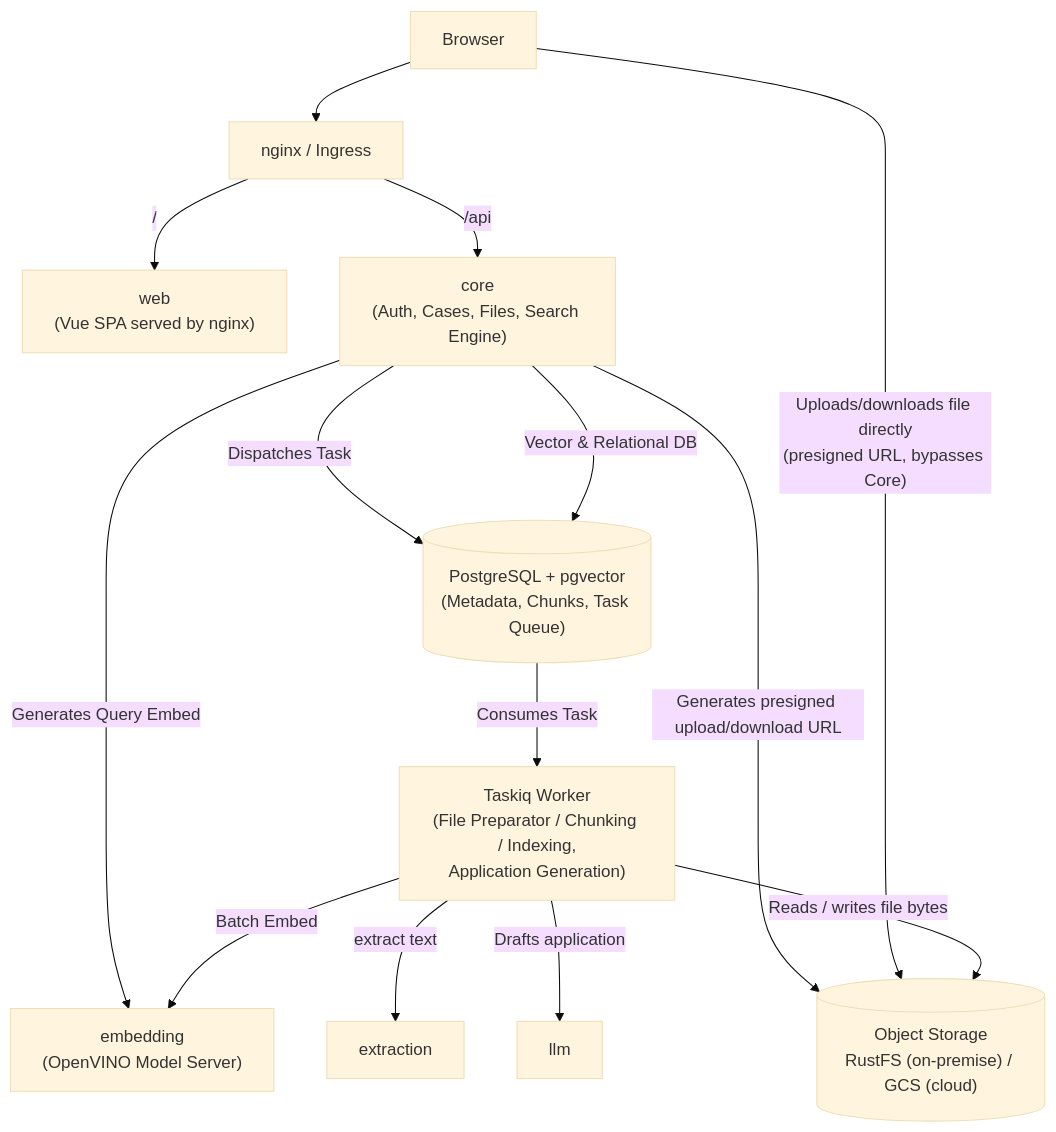
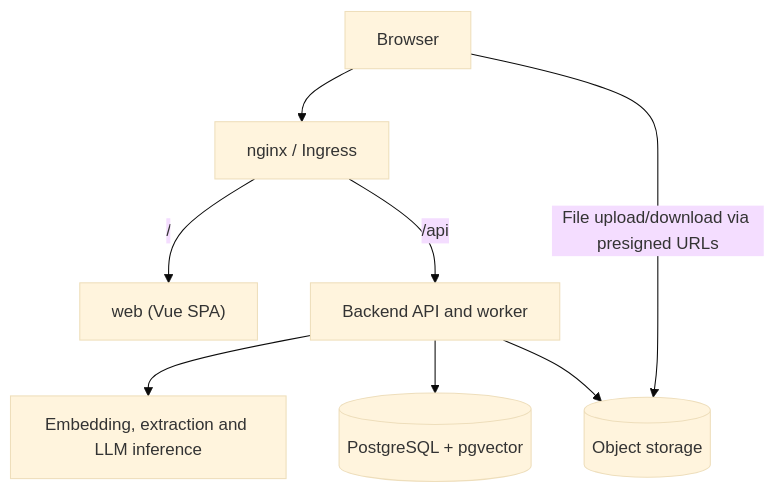
Before and after one commit to ErykMikolajewicz/prawobiorca: the diagram in docs/architecture/architecture.md, drawn with Mermaid (base theme). The commit also changed other lines of this file and 5 other files, not shown here.

````diff
--- a/docs/architecture/architecture.md
+++ b/docs/architecture/architecture.md
@@ -27,27 +34,18 @@
 ```mermaid
 flowchart TD
     Browser["Browser"]
     Ingress["nginx / Ingress"]
-    Frontend["web<br/>(Vue SPA served by nginx)"]
-    Core["core<br/>(Auth, Cases, Files, Search Engine)"]
-    Worker["Taskiq Worker<br/>(File Preparator / Chunking / Indexing,<br/>Application Generation)"]
-    Embeddings["embedding<br/>(OpenVINO Model Server)"]
-    Extraction["extraction"]
-    LLM["llm"]
-    DB[("PostgreSQL + pgvector<br/>(Metadata, Chunks, Task Queue)")]
-    Storage[("Object Storage<br/>RustFS (on-premise) / GCS (cloud)")]
+    Frontend["web (Vue SPA)"]
+    Backend["Backend API and worker"]
+    Compute["Embedding, extraction and LLM inference"]
+    DB[("PostgreSQL + pgvector")]
+    Storage[("Object storage")]
 
     Browser --> Ingress
     Ingress -->|"/"| Frontend
-    Ingress -->|"/api"| Core
-    Core -->|Dispatches Task| DB
-    Core -->|Generates Query Embed| Embeddings
-    Core -->|Vector & Relational DB| DB
-    Core -->|"Generates presigned upload/download URL"| Storage
-    Browser -->|"Uploads/downloads file directly<br/>(presigned URL, bypasses Core)"| Storage
-    DB -->|Consumes Task| Worker
-    Worker -->|Batch Embed| Embeddings
-    Worker -->|extract text| Extraction
-    Worker -->|Drafts application| LLM
-    Worker -->|"Reads / writes file bytes"| Storage
+    Ingress -->|"/api"| Backend
+    Backend --> Compute
+    Backend --> DB
+    Backend --> Storage
+    Browser -->|"File upload/download via presigned URLs"| Storage
 ```
````
